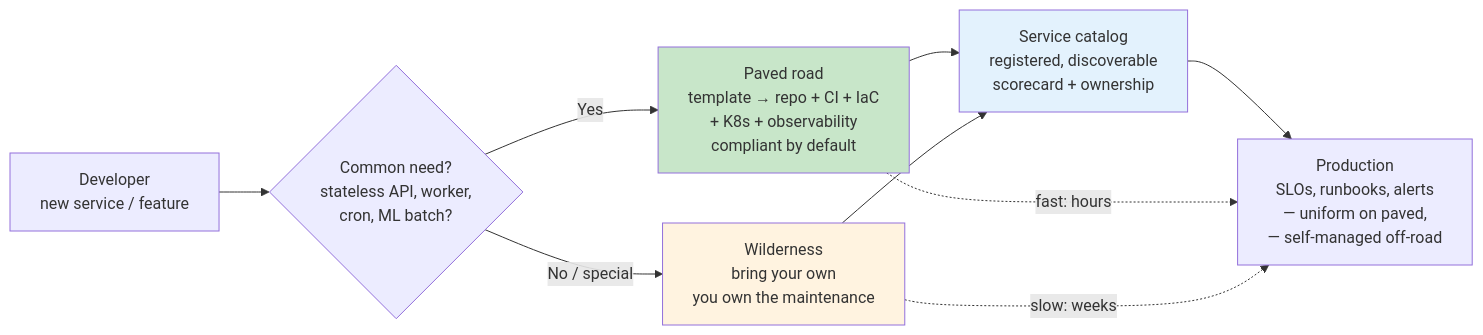
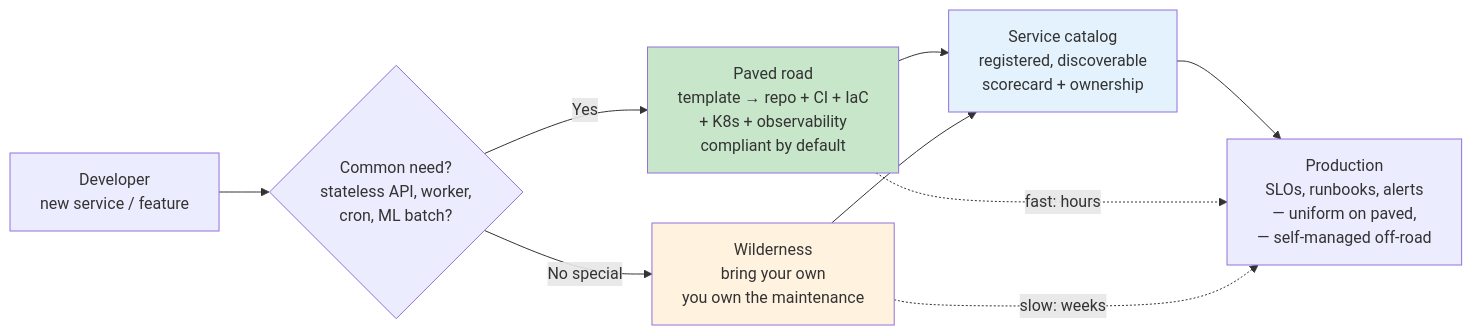
One commit to bumbsclaw/textbooks changed the first of 7 diagrams in vol-12-cloud-infra/ch11-platform-engineering.md. Above: the diagram before and after it, drawn with Mermaid. The commit also changed other lines of this file and 173 other files, not shown here.

First line of the commit message:
fix(mermaid): close note brackets, semicolons in Notes, stateDiagram br -> dash, edge parens

````diff
--- a/vol-12-cloud-infra/ch11-platform-engineering.md
+++ b/vol-12-cloud-infra/ch11-platform-engineering.md
@@ -41,16 +41,16 @@
 ```mermaid
 flowchart LR
     Dev["Developer<br/>new service / feature"] --> Question{"Common need?<br/>stateless API, worker,<br/>cron, ML batch?"}
     Question -->|Yes| Paved["Paved road<br/>template → repo + CI + IaC<br/>+ K8s + observability<br/>compliant by default"]
-    Question -->|No / special| Wilderness["Wilderness<br/>bring your own<br/>you own the maintenance"]
+    Question -->|No special| Wilderness["Wilderness<br/>bring your own<br/>you own the maintenance"]
     Paved --> Catalog["Service catalog<br/>registered, discoverable<br/>scorecard + ownership"]
     Wilderness --> Catalog
     Catalog --> Prod["Production<br/>SLOs, runbooks, alerts<br/>— uniform on paved,<br/>— self-managed off-road"]
 
     Paved -.->|"fast: hours"| Prod
     Wilderness -.->|"slow: weeks"| Prod
 
     style Paved fill:#c8e6c9
     style Wilderness fill:#fff3e0
     style Catalog fill:#e3f2fd
 ```
````
